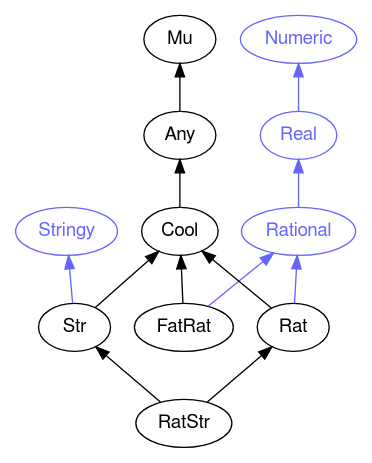
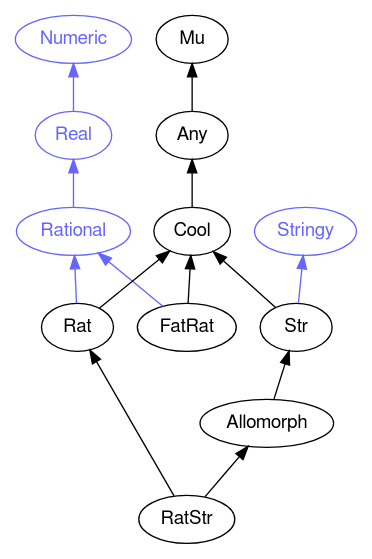
One commit to rakudocs/rakudocs.github.io changed the diagram in images/type-graph-Rational.svg.dot. Above: the diagram before and after it, drawn with Graphviz. The commit also changed 2867 other files, not shown here.

```diff
--- a/images/type-graph-Rational.svg.dot
+++ b/images/type-graph-Rational.svg.dot
@@ -1,33 +1,36 @@
 digraph "perl6-type-graph" {
     rankdir=BT;
     splines=polyline;
     overlap=false; 
+    graph [truecolor=true bgcolor="#FFFFFF"];
     // Types
     "Rational" [color="#6666FF", fontcolor="#6666FF", href="/type/Rational", fontname="FreeSans"];
     "Numeric" [color="#6666FF", fontcolor="#6666FF", href="/type/Numeric", fontname="FreeSans"];
     "Real" [color="#6666FF", fontcolor="#6666FF", href="/type/Real", fontname="FreeSans"];
     "Mu" [color="#000000", fontcolor="#000000", href="/type/Mu", fontname="FreeSans"];
     "Any" [color="#000000", fontcolor="#000000", href="/type/Any", fontname="FreeSans"];
     "Cool" [color="#000000", fontcolor="#000000", href="/type/Cool", fontname="FreeSans"];
     "FatRat" [color="#000000", fontcolor="#000000", href="/type/FatRat", fontname="FreeSans"];
     "Rat" [color="#000000", fontcolor="#000000", href="/type/Rat", fontname="FreeSans"];
     "Stringy" [color="#6666FF", fontcolor="#6666FF", href="/type/Stringy", fontname="FreeSans"];
     "Str" [color="#000000", fontcolor="#000000", href="/type/Str", fontname="FreeSans"];
+    "Allomorph" [color="#000000", fontcolor="#000000", href="/type/Allomorph", fontname="FreeSans"];
     "RatStr" [color="#000000", fontcolor="#000000", href="/type/RatStr", fontname="FreeSans"];
 
     // Superclasses
     "Any" -> "Mu" [color="#000000"];
     "Cool" -> "Any" [color="#000000"];
     "FatRat" -> "Cool" [color="#000000"];
     "Rat" -> "Cool" [color="#000000"];
     "Str" -> "Cool" [color="#000000"];
+    "Allomorph" -> "Str" [color="#000000"];
+    "RatStr" -> "Allomorph" [color="#000000"];
     "RatStr" -> "Rat" [color="#000000"];
-    "RatStr" -> "Str" [color="#000000"];
 
     // Roles
     "Rational" -> "Real" [color="#6666FF"];
     "Real" -> "Numeric" [color="#6666FF"];
     "FatRat" -> "Rational" [color="#6666FF"];
     "Rat" -> "Rational" [color="#6666FF"];
     "Str" -> "Stringy" [color="#6666FF"];
 }
```
